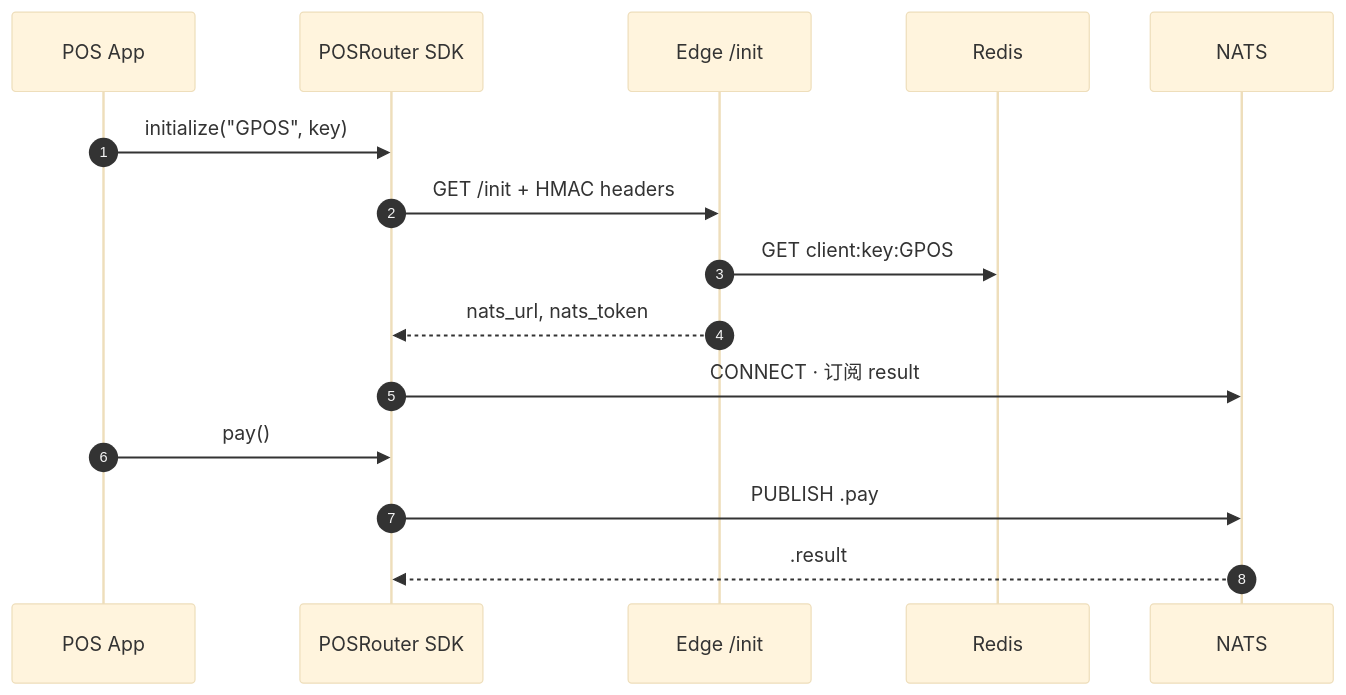
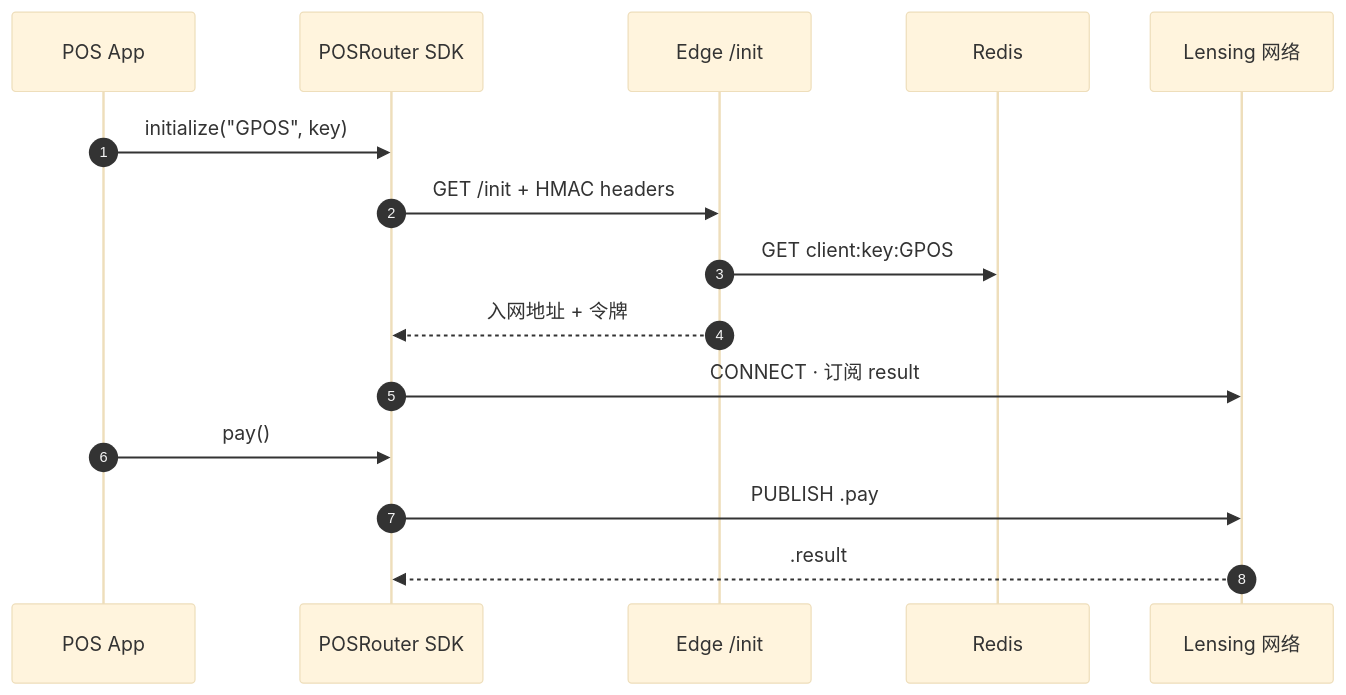
Before and after one commit to posrouter/protocol-specs: the third of 5 diagrams in level-2-lensing_cn.md, drawn with Mermaid (base theme). The commit also changed other lines of this file and 9 other files, not shown here.

````diff
--- a/level-2-lensing_cn.md
+++ b/level-2-lensing_cn.md
@@ -221,19 +290,19 @@
 ```mermaid
 sequenceDiagram
     autonumber
     participant App as POS App
     participant SDK as POSRouter SDK
     participant Edge as Edge /init
     participant Redis as Redis
-    participant NATS as NATS
+    participant L as Lensing 网络
 
     App->>SDK: initialize("GPOS", key)
     SDK->>Edge: GET /init + HMAC headers
     Edge->>Redis: GET client:key:GPOS
-    Edge-->>SDK: nats_url, nats_token
-    SDK->>NATS: CONNECT · 订阅 result
+    Edge-->>SDK: 入网地址 + 令牌
+    SDK->>L: CONNECT · 订阅 result
 
     App->>SDK: pay()
-    SDK->>NATS: PUBLISH .pay
-    NATS-->>SDK: .result
+    SDK->>L: PUBLISH .pay
+    L-->>SDK: .result
 ```
````
